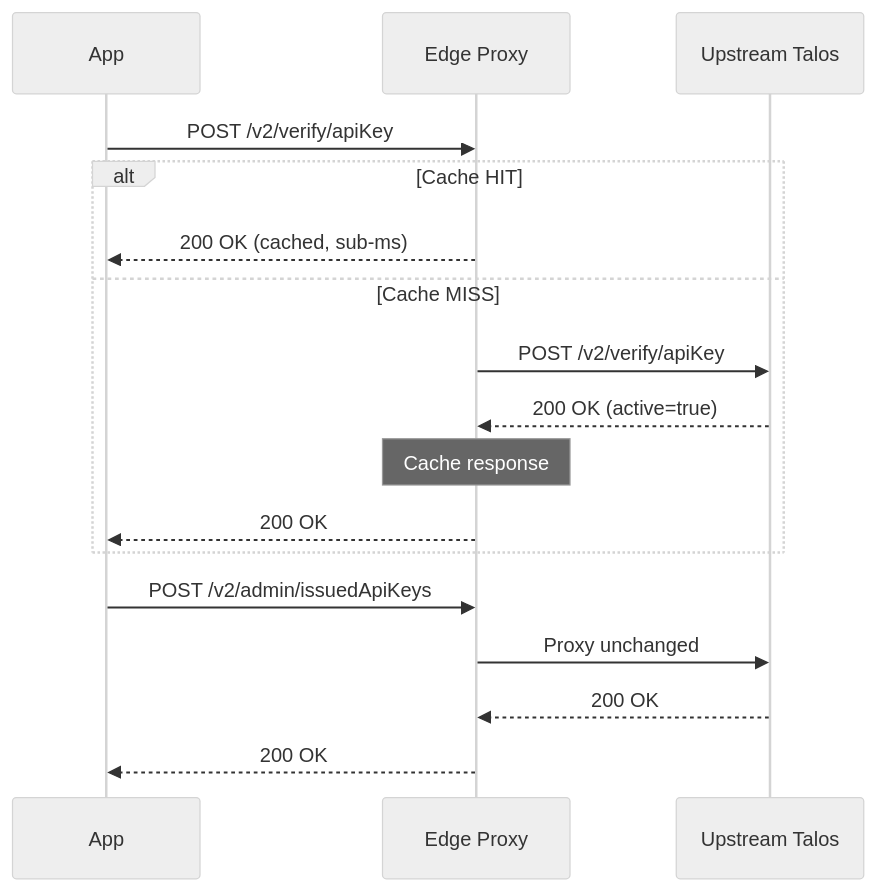
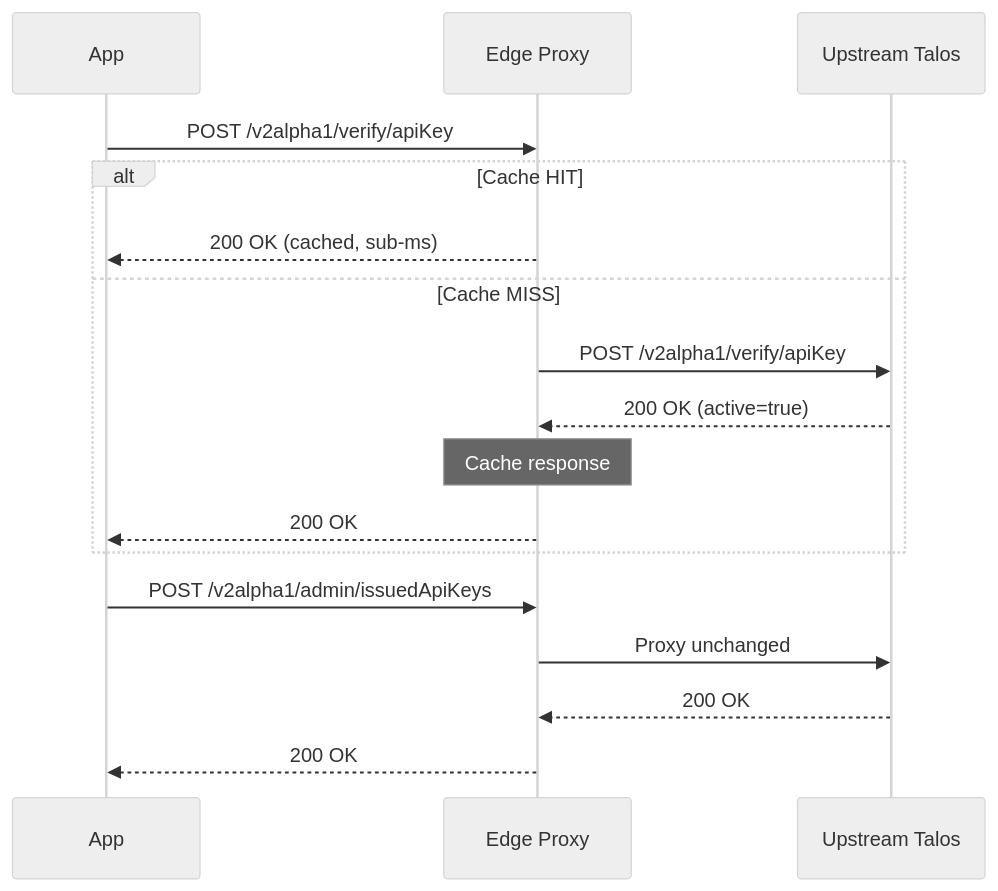
Before and after one commit to ory/docs: the second of 2 diagrams in docs/talos/operate/deploy/edge-proxy.md, drawn with Mermaid (neutral theme). The commit also changed other lines of this file and 156 other files, not shown here.

````diff
--- a/docs/talos/operate/deploy/edge-proxy.md
+++ b/docs/talos/operate/deploy/edge-proxy.md
@@ -45,20 +46,20 @@
 ```mermaid
 sequenceDiagram
     participant App
     participant Proxy as Edge Proxy
     participant Talos as Upstream Talos
 
-    App->>Proxy: POST /v2/verify/apiKey
+    App->>Proxy: POST /v2alpha1/verify/apiKey
     alt Cache HIT
         Proxy-->>App: 200 OK (cached, sub-ms)
     else Cache MISS
-        Proxy->>Talos: POST /v2/verify/apiKey
+        Proxy->>Talos: POST /v2alpha1/verify/apiKey
         Talos-->>Proxy: 200 OK (active=true)
         Note over Proxy: Cache response
         Proxy-->>App: 200 OK
     end
-    App->>Proxy: POST /v2/admin/issuedApiKeys
+    App->>Proxy: POST /v2alpha1/admin/issuedApiKeys
     Proxy->>Talos: Proxy unchanged
     Talos-->>Proxy: 200 OK
     Proxy-->>App: 200 OK
 ```
````
